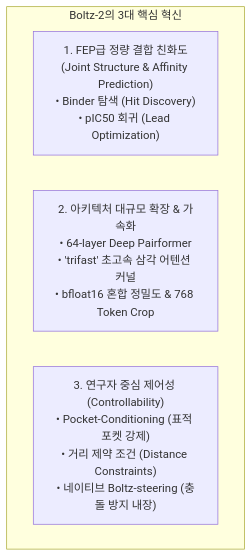
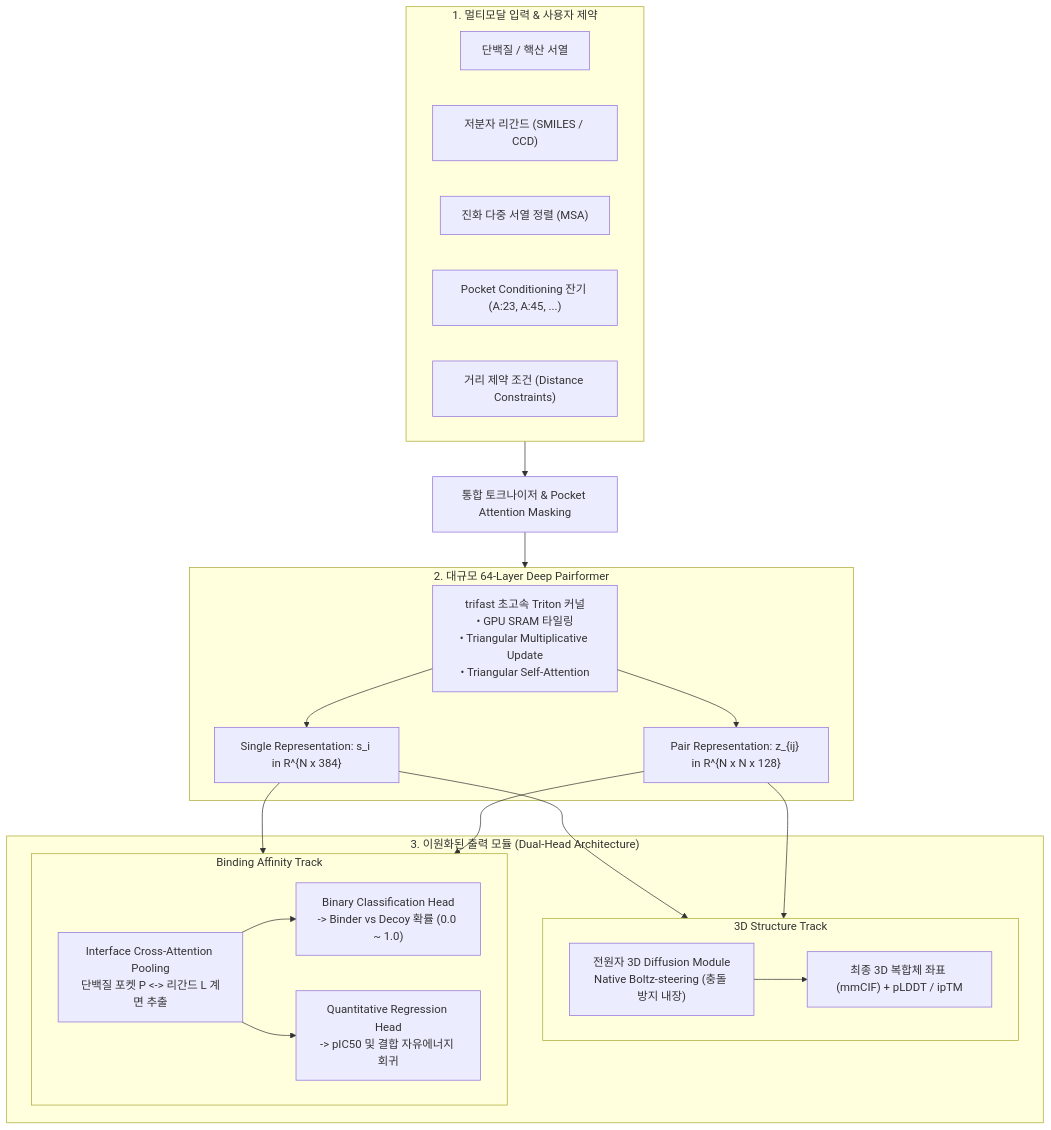
The first of 2 diagrams in content/posts/PaperReview/2026-10-05-Boltz-2-towards-accurate-and-efficient-binding-affinity-prediction.md (sehooni/sehooni.github.io), drawn with Mermaid before and after one commit. The commit also changed other lines of this file and 2 other files, not shown here.

Commit message:
feat: add paper review posts on Boltz-1 and Boltz-2 with updated RSS feed

````diff
--- a/content/posts/PaperReview/2026-10-05-Boltz-2-towards-accurate-and-efficient-binding-affinity-prediction.md
+++ b/content/posts/PaperReview/2026-10-05-Boltz-2-towards-accurate-and-efficient-binding-affinity-prediction.md
@@ -53,8 +102,39 @@
 ```mermaid
 flowchart TD
-    subgraph Innovations["Boltz-2의 3대 핵심 혁신"]
-        A["1. FEP급 정량 결합 친화도<br/>(Joint Structure & Affinity Prediction)<br/>• Binder 탐색 (Hit Discovery)<br/>• pIC50 회귀 (Lead Optimization)"]
-        B["2. 아키텍처 대규모 확장 & 가속화<br/>• 64-layer Deep Pairformer<br/>• 'trifast' 초고속 삼각 어텐션 커널<br/>• bfloat16 혼합 정밀도 & 768 Token Crop"]
-        C["3. 연구자 중심 제어성 (Controllability)<br/>• Pocket-Conditioning (표적 포켓 강제)<br/>• 거리 제약 조건 (Distance Constraints)<br/>• 네이티브 Boltz-steering (충돌 방지 내장)"]
+    subgraph Inputs["1. 멀티모달 입력 & 사용자 제약"]
+        Seq["단백질 / 핵산 서열"]
+        Lig["저분자 리간드 (SMILES / CCD)"]
+        MSA["진화 다중 서열 정렬 (MSA)"]
+        Pocket["Pocket Conditioning 잔기 (A:23, A:45, ...)"]
+        DistConst["거리 제약 조건 (Distance Constraints)"]
     end
+
+    Inputs --> Tokenizer["통합 토크나이저 & Pocket Attention Masking"]
+
+    subgraph Trunk["2. 대규모 64-Layer Deep Pairformer"]
+        Trifast["trifast 초고속 Triton 커널<br/>• GPU SRAM 타일링<br/>• Triangular Multiplicative Update<br/>• Triangular Self-Attention"]
+        SingleTrack["Single Representation: s_i in R^{N x 384}"]
+        PairTrack["Pair Representation: z_{ij} in R^{N x N x 128}"]
+        Trifast --> SingleTrack & PairTrack
+    end
+
+    Tokenizer --> Trunk
+
+    subgraph DualHeads["3. 이원화된 출력 모듈 (Dual-Head Architecture)"]
+        subgraph DiffHead["3D Structure Track"]
+            Diff["전원자 3D Diffusion Module<br/>Native Boltz-steering (충돌 방지 내장)"]
+            Coord3D["최종 3D 복합체 좌표 (mmCIF) + pLDDT / ipTM"]
+            Diff --> Coord3D
+        end
+
+        subgraph AffHead["Binding Affinity Track"]
+            CrossAttn["Interface Cross-Attention Pooling<br/>단백질 포켓 P <-> 리간드 L 계면 추출"]
+            ClsHead["Binary Classification Head<br/>-> Binder vs Decoy 확률 (0.0 ~ 1.0)"]
+            RegHead["Quantitative Regression Head<br/>-> pIC50 및 결합 자유에너지 회귀"]
+            CrossAttn --> ClsHead & RegHead
+        end
+    end
+
+    SingleTrack & PairTrack --> DiffHead
+    SingleTrack & PairTrack --> AffHead
 ```
````
